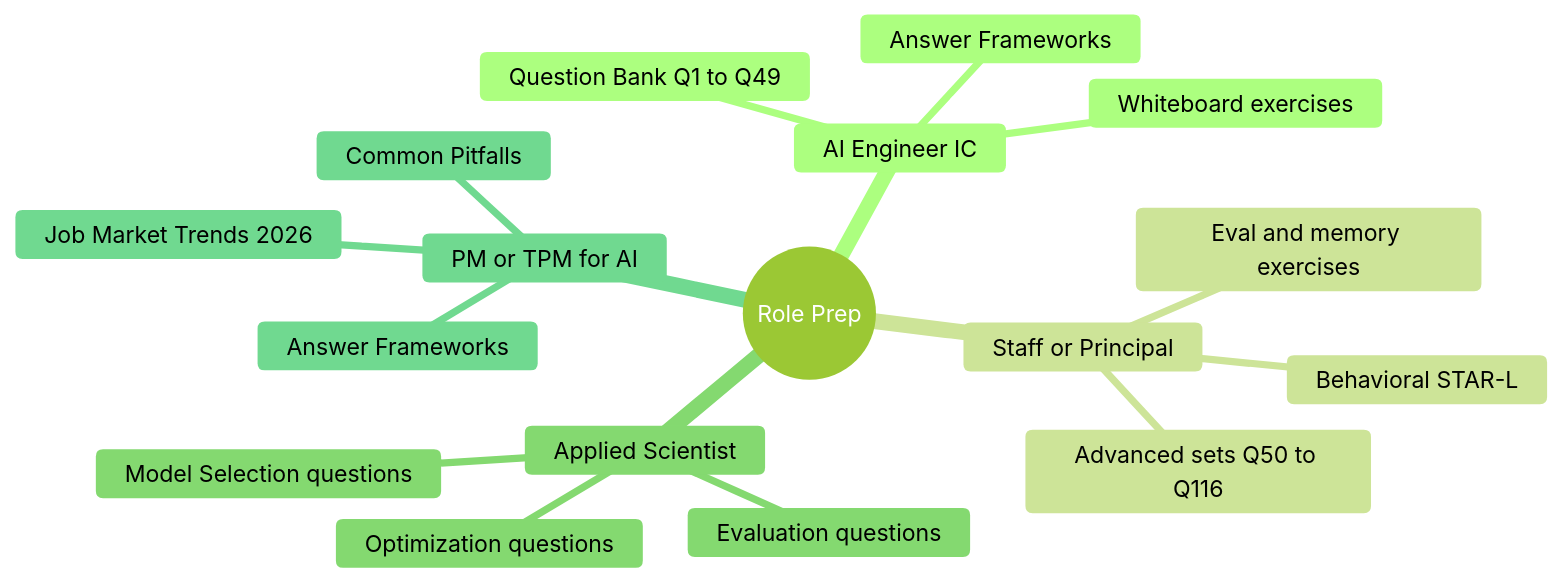
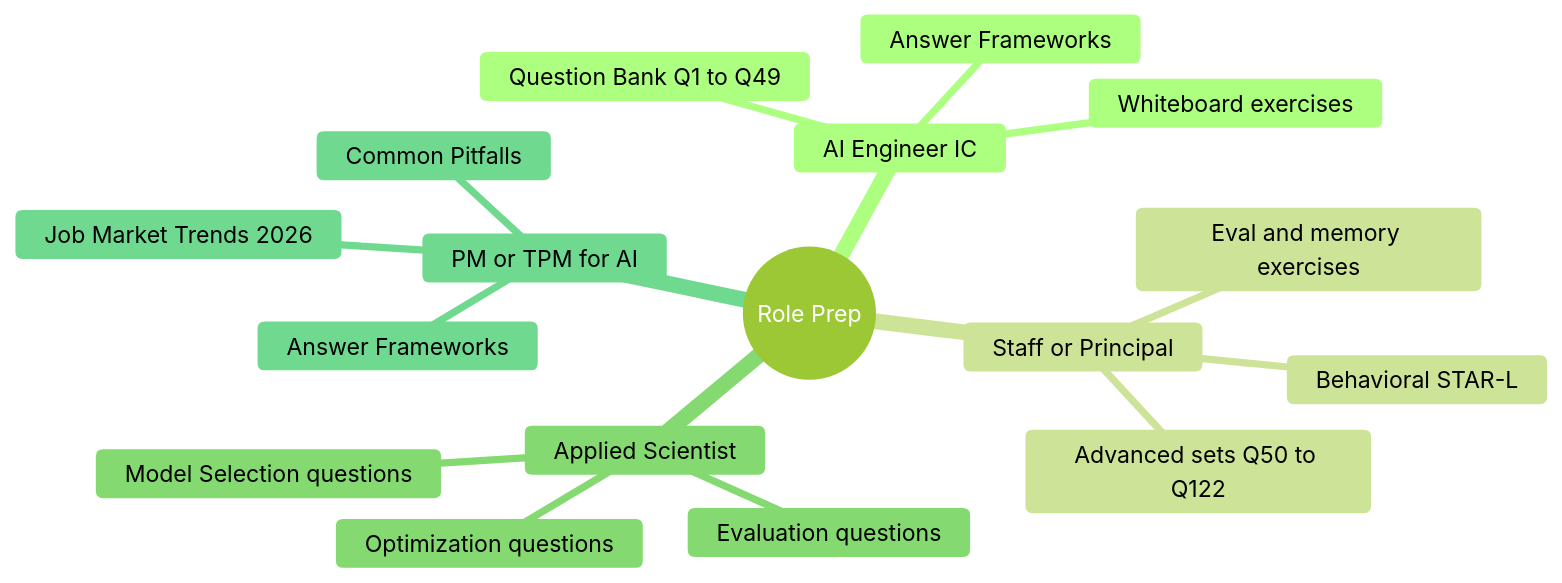
One commit to ChiHoc/ai-system-design-guide-zh changed the second of 2 diagrams in 00-interview-prep/README.md. Above: the diagram before and after it, drawn with Mermaid (forest theme). The commit also changed other lines of this file and 8 other files, not shown here.

````diff
--- a/00-interview-prep/README.md
+++ b/00-interview-prep/README.md
@@ -32,20 +32,20 @@
 ```mermaid
 mindmap
   root((Role Prep))
     AI Engineer IC
       Question Bank Q1 to Q49
       Answer Frameworks
       Whiteboard exercises
     Staff or Principal
-      Advanced sets Q50 to Q116
+      Advanced sets Q50 to Q122
       Behavioral STAR-L
       Eval and memory exercises
     Applied Scientist
       Model Selection questions
       Evaluation questions
       Optimization questions
     PM or TPM for AI
       Common Pitfalls
       Job Market Trends 2026
       Answer Frameworks
 ```
````
